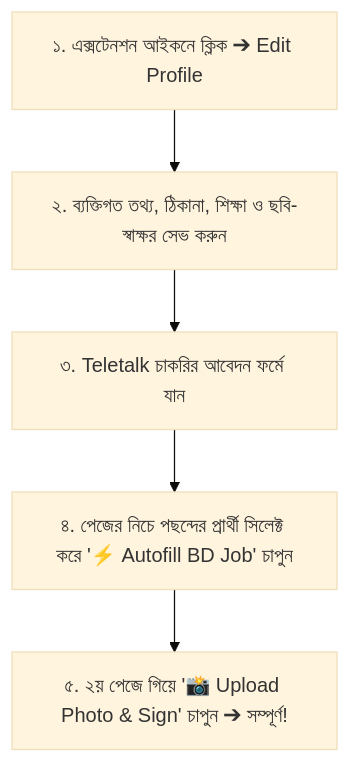
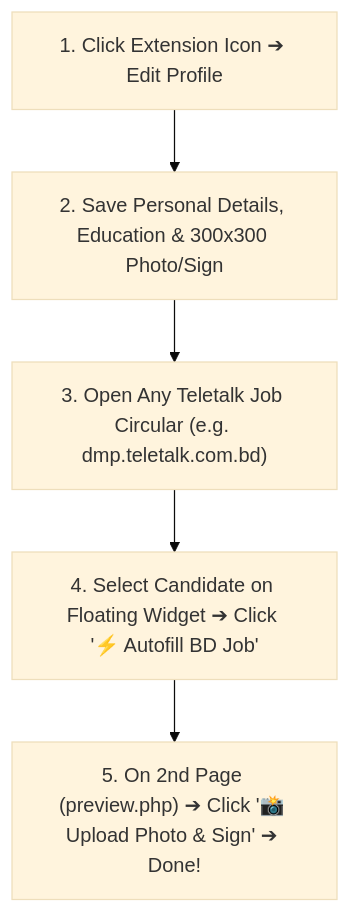
The diagram in README.md (ssllsaiful/Govt_Job_Application_Chrome_Extention), drawn with Mermaid (base theme) before and after one commit. The commit also changed other lines of this file, not shown here.

````diff
--- a/README.md
+++ b/README.md
@@ -55,7 +58,7 @@
 ```mermaid
 flowchart TD
-    A["১. এক্সটেনশন আইকনে ক্লিক ➔ Edit Profile"] --> B["২. ব্যক্তিগত তথ্য, ঠিকানা, শিক্ষা ও ছবি-স্বাক্ষর সেভ করুন"]
-    B --> C["৩. Teletalk চাকরির আবেদন ফর্মে যান"]
-    C --> D["৪. পেজের নিচে পছন্দের প্রার্থী সিলেক্ট করে '⚡ Autofill BD Job' চাপুন"]
-    D --> E["৫. ২য় পেজে গিয়ে '📸 Upload Photo & Sign' চাপুন ➔ সম্পূর্ণ!"]
+    A["1. Click Extension Icon ➔ Edit Profile"] --> B["2. Save Personal Details, Education & 300x300 Photo/Sign"]
+    B --> C["3. Open Any Teletalk Job Circular (e.g. dmp.teletalk.com.bd)"]
+    C --> D["4. Select Candidate on Floating Widget ➔ Click '⚡ Autofill BD Job'"]
+    D --> E["5. On 2nd Page (preview.php) ➔ Click '📸 Upload Photo & Sign' ➔ Done!"]
 ```
````
